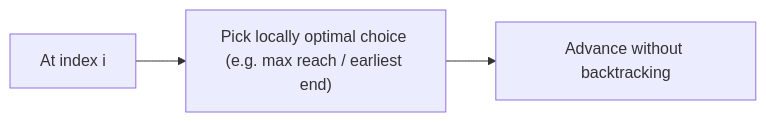
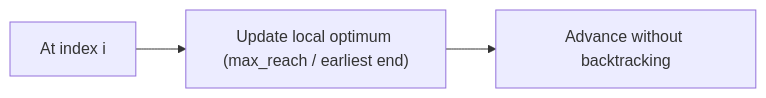
The diagram in grokking-coding-interview/11-greedy-techniques.md (SanjayR857/All-in-One-Notes), drawn with Mermaid before and after one commit. The commit also changed other lines of this file and 22 other files, not shown here.

````diff
--- a/grokking-coding-interview/11-greedy-techniques.md
+++ b/grokking-coding-interview/11-greedy-techniques.md
@@ -20,5 +20,5 @@
 ```mermaid
 flowchart LR
-    Step["At index i"] --> Choice["Pick locally optimal choice (e.g. max reach / earliest end)"]
+    Step["At index i"] --> Choice["Update local optimum (max_reach / earliest end)"]
     Choice --> Next["Advance without backtracking"]
 ```
````
